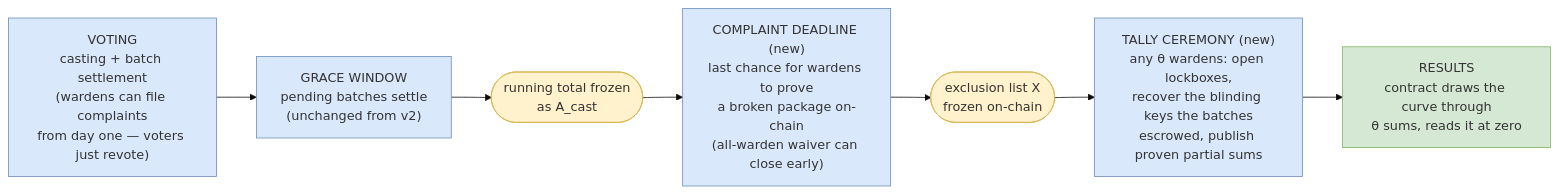
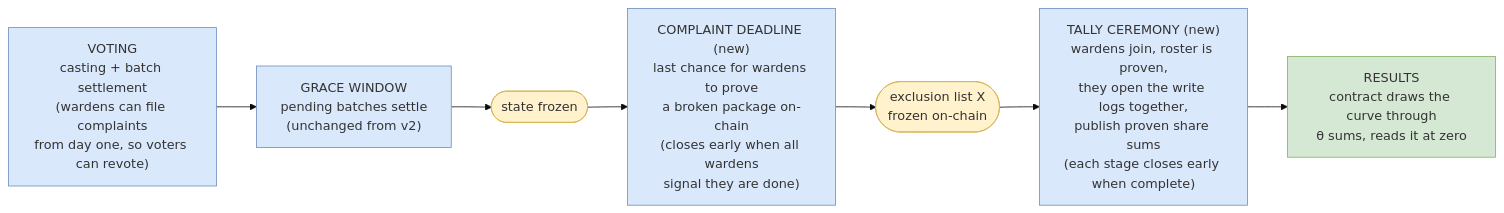
One commit to vocdoni/davinci-paper changed the diagram in v3-pq/figures/src/timeline.mmd. Above: the diagram before and after it, drawn with Mermaid (base theme). The commit also changed 30 other files, not shown here.

```diff
--- a/v3-pq/figures/src/timeline.mmd
+++ b/v3-pq/figures/src/timeline.mmd
@@ -1,10 +1,10 @@
 flowchart LR
   classDef ph fill:#dae8fc,stroke:#6c8ebf;
   classDef ev fill:#fff2cc,stroke:#d6b656;
   classDef fin fill:#d5e8d4,stroke:#82b366;
-  V["VOTING<br/>casting + batch settlement<br/>(wardens can file complaints<br/>from day one — voters just revote)"]:::ph --> G["GRACE WINDOW<br/>pending batches settle<br/>(unchanged from v2)"]:::ph
-  G --> F1(["running total frozen<br/>as A_cast"]):::ev
-  F1 --> CW["COMPLAINT DEADLINE (new)<br/>last chance for wardens to prove<br/>a broken package on-chain<br/>(all-warden waiver can close early)"]:::ph
+  V["VOTING<br/>casting + batch settlement<br/>(wardens can file complaints<br/>from day one, so voters can revote)"]:::ph --> G["GRACE WINDOW<br/>pending batches settle<br/>(unchanged from v2)"]:::ph
+  G --> F1(["state frozen"]):::ev
+  F1 --> CW["COMPLAINT DEADLINE (new)<br/>last chance for wardens to prove<br/>a broken package on-chain<br/>(closes early when all wardens<br/>signal they are done)"]:::ph
   CW --> F2(["exclusion list X<br/>frozen on-chain"]):::ev
-  F2 --> TC["TALLY CEREMONY (new)<br/>any θ wardens: open lockboxes,<br/>recover the blinding keys the batches<br/>escrowed, publish proven partial sums"]:::ph
+  F2 --> TC["TALLY CEREMONY (new)<br/>wardens join, roster is proven,<br/>they open the write logs together,<br/>publish proven share sums<br/>(each stage closes early when complete)"]:::ph
   TC --> RES["RESULTS<br/>contract draws the curve through<br/>θ sums, reads it at zero"]:::fin
```
